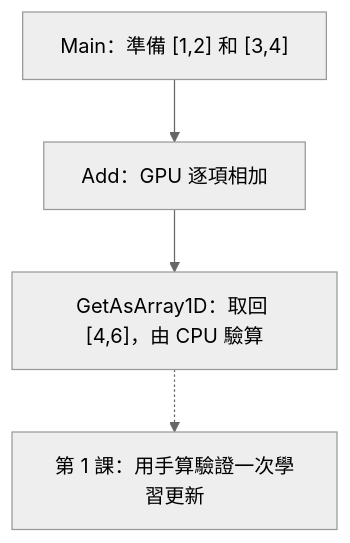
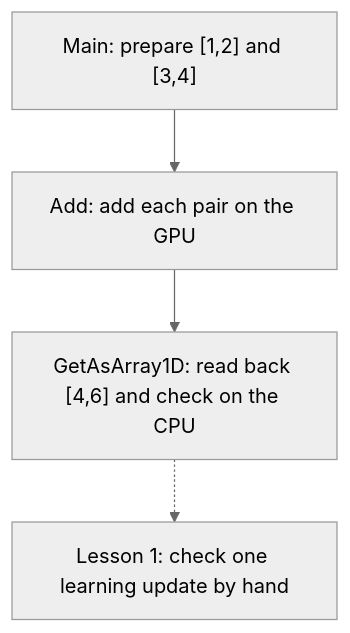
The diagram in lessons/00-cuda/README.md (tingwei628/my-gpt), drawn with Mermaid (neutral theme) before and after one commit. The commit also changed other lines of this file and 12 other files, not shown here.

````diff
--- a/lessons/00-cuda/README.md
+++ b/lessons/00-cuda/README.md
@@ -5,6 +5,6 @@
 ```mermaid
 flowchart TD
-    A["Main：準備 [1,2] 和 [3,4]"] --> B["Add：GPU 逐項相加"]
-    B --> C["GetAsArray1D：取回 [4,6]，由 CPU 驗算"]
-    C -.-> D["第 1 課：用手算驗證一次學習更新"]
+    A["Main: prepare [1,2] and [3,4]"] --> B["Add: add each pair on the GPU"]
+    B --> C["GetAsArray1D: read back [4,6] and check on the CPU"]
+    C -.-> D["Lesson 1: check one learning update by hand"]
 ```
````
